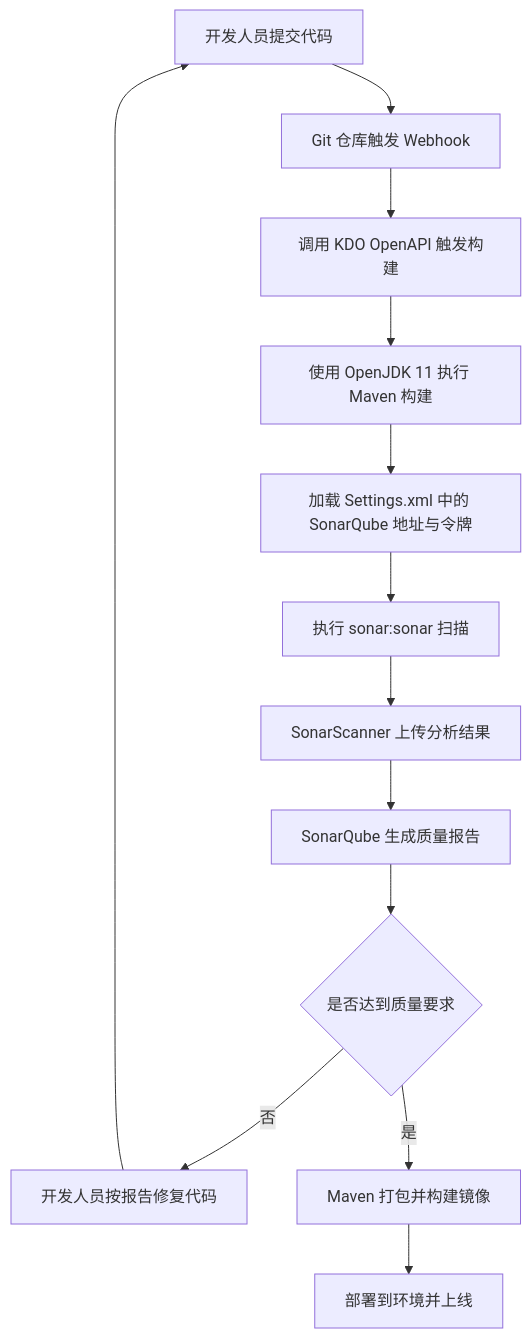
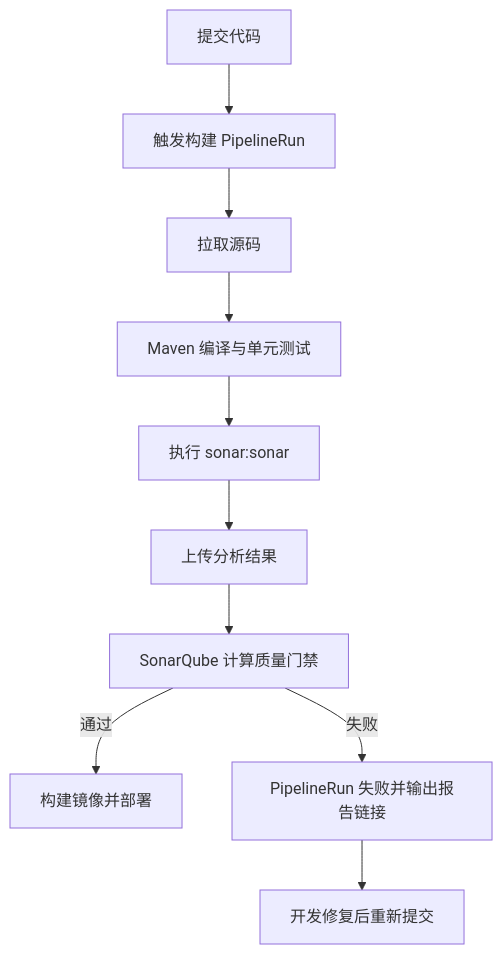
Before and after one commit to kube-do/kdo: the diagram in site-docs/developer/applications/quality/sonarqube/index.md, drawn with Mermaid. The commit also changed other lines of this file and 83 other files, not shown here.

````diff
--- a/site-docs/developer/applications/quality/sonarqube/index.md
+++ b/site-docs/developer/applications/quality/sonarqube/index.md
@@ -51,15 +32,12 @@
 ```mermaid
 flowchart TD
-    A[开发人员提交代码] --> B[Git 仓库触发 Webhook]
-    B --> C[调用 KDO OpenAPI 触发构建]
-    C --> D[使用 OpenJDK 11 执行 Maven 构建]
-    D --> E[加载 Settings.xml 中的 SonarQube 地址与令牌]
-    E --> F[执行 sonar:sonar 扫描]
-    F --> G[SonarScanner 上传分析结果]
-    G --> H[SonarQube 生成质量报告]
-    H --> I{是否达到质量要求}
-    I -->|否| J[开发人员按报告修复代码]
-    J --> A
-    I -->|是| K[Maven 打包并构建镜像]
-    K --> L[部署到环境并上线]
+    A[提交代码] --> B[触发构建 PipelineRun]
+    B --> C[拉取源码]
+    C --> D[Maven 编译与单元测试]
+    D --> E[执行 sonar:sonar]
+    E --> F[上传分析结果]
+    F --> G[SonarQube 计算质量门禁]
+    G -->|通过| H[构建镜像并部署]
+    G -->|失败| I[PipelineRun 失败并输出报告链接]
+    I --> J[开发修复后重新提交]
 ```
````
